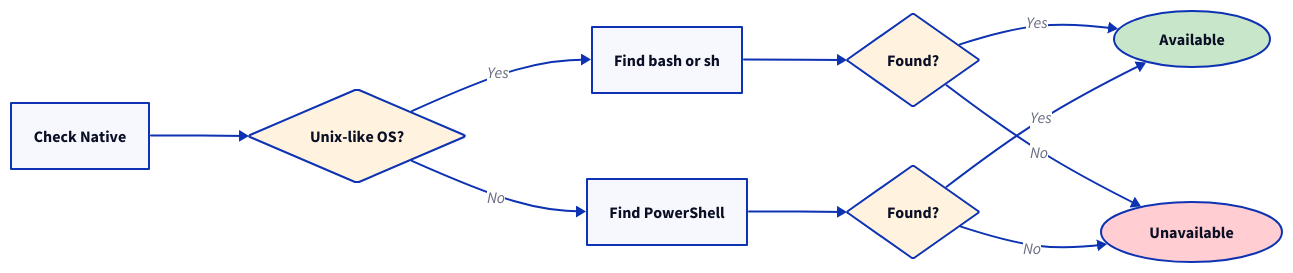
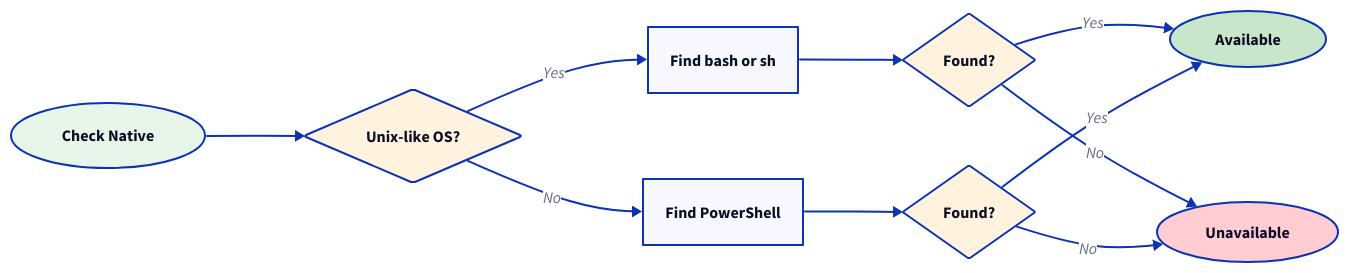
The diagram in docs/diagrams/flowcharts/runtime-native-check.d2 (invowk/invowk), drawn with D2 before and after one commit. The commit also changed 37 other files, not shown here. The source asks for the TALA layout; these drawings use dagre instead.

Commit message:
docs(diagrams): add readability guardrails and refresh d2 guidance (#63)

```diff
--- a/docs/diagrams/flowcharts/runtime-native-check.d2
+++ b/docs/diagrams/flowcharts/runtime-native-check.d2
@@ -1,55 +1,57 @@
 # Native Runtime Availability Check Flowchart
 #
 # Shows how Invowk determines if the native runtime is available
 # by checking for bash/sh on Unix or PowerShell on Windows.
 #
 # Source: docs/architecture/flowchart-runtime-selection.md
 
 vars: {
   d2-config: {
     layout-engine: tala
   }
 }
 
 direction: right
 
-Start: Check Native
-
+Start: Check Native {
+  shape: oval
+  style.fill: "#E8F5E9"
+}
 Unix: Unix-like OS? {
   shape: diamond
   style.fill: "#FFF3E0"
 }
 
 FindShell: Find bash or sh
 
 FindPS: Find PowerShell
 
 HasShell: Found? {
   shape: diamond
   style.fill: "#FFF3E0"
 }
 
 HasPS: Found? {
   shape: diamond
   style.fill: "#FFF3E0"
 }
 
 Available: Available {
   shape: oval
   style.fill: "#C8E6C9"
 }
 
 Unavailable: Unavailable {
   shape: oval
   style.fill: "#FFCDD2"
 }
 
 Start -> Unix
 Unix -> FindShell: Yes
 Unix -> FindPS: No
 FindShell -> HasShell
 FindPS -> HasPS
 HasShell -> Available: Yes
 HasShell -> Unavailable: No
 HasPS -> Available: Yes
 HasPS -> Unavailable: No
```
